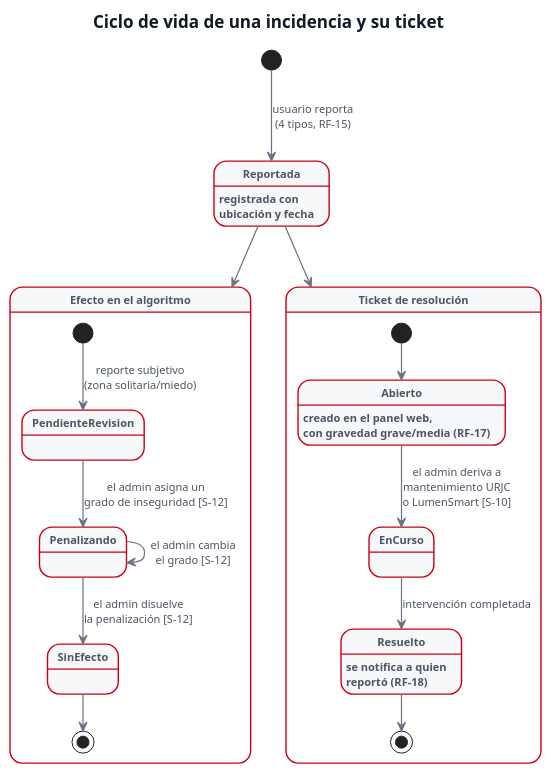
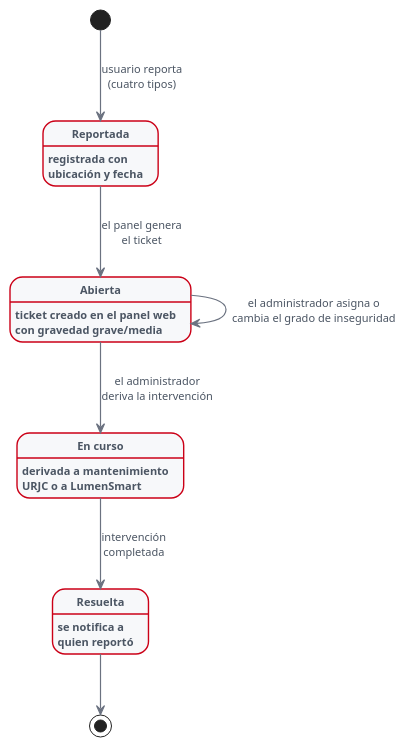
One commit to adrianpalacio/tfg-senda-urjc changed the diagram in fase3-especificacion/uml/estados-incidencia.puml. Above: the diagram before and after it, drawn with PlantUML. The commit also changed 7 other files, not shown here.

Commit message:
UML rehechos tras la revision del tutor: casos de uso ampliados (solicitar/atender acompanamiento separados, sin flechas actor-CU, sin notas), clases con jerarquia de roles, estados planos sin marcadores de supuesto

```diff
--- a/fase3-especificacion/uml/estados-incidencia.puml
+++ b/fase3-especificacion/uml/estados-incidencia.puml
@@ -1,54 +1,39 @@
 @startuml estados-incidencia
 ' Diagrama de estados de la incidencia reportada y su ticket
-' Derivado del parrafo rosado 2 + RF-15..RF-18 (actualizado 25/08/2026 tras Entrevista 1)
+' Rehecho 12/09/2026 segun comentarios del tutor (pags 97-98 de la revision):
+' plano (sin estados compuestos ni segundos puntos de inicio), sin titulo
+' interno, sin marcadores [S-XX].
 skinparam backgroundColor #FFFFFF
 skinparam shadowing false
 skinparam defaultFontName "Segoe UI"
 skinparam defaultFontSize 13
 skinparam ArrowColor #6B7280
 skinparam ArrowThickness 1.2
 skinparam ArrowFontColor #4B5563
 skinparam ArrowFontSize 11
-skinparam TitleFontName "Segoe UI Semibold"
-skinparam TitleFontSize 17
-skinparam TitleFontColor #111827
 skinparam state {
   BackgroundColor #F7F8FA
   BorderColor #CB0017
   BorderThickness 1.4
   RoundCorner 14
   FontColor #111827
   FontStyle bold
   FontSize 13
   AttributeFontColor #4B5563
   AttributeFontSize 11
   StartColor #CB0017
   EndColor #111827
 }
 
-title Ciclo de vida de una incidencia y su ticket
+state "Reportada" as Reportada : registrada con\nubicación y fecha
+state "Abierta" as Abierta : ticket creado en el panel web\ncon gravedad grave/media
+state "En curso" as EnCurso : derivada a mantenimiento\nURJC o a LumenSmart
+state "Resuelta" as Resuelta : se notifica a\nquien reportó
 
-[*] --> Reportada : usuario reporta\n(4 tipos, RF-15)
-
-state "Reportada" as Reportada : registrada con\nubicación y fecha
-
-state "Efecto en el algoritmo" as Efecto {
-  [*] --> PendienteRevision : reporte subjetivo\n(zona solitaria/miedo)
-  PendienteRevision --> Penalizando : el admin asigna un\ngrado de inseguridad [S-12]
-  Penalizando --> Penalizando : el admin cambia\nel grado [S-12]
-  Penalizando --> SinEfecto : el admin disuelve\nla penalización [S-12]
-  SinEfecto --> [*]
-}
-
-state "Ticket de resolución" as TicketState {
-  [*] --> Abierto
-  Abierto : creado en el panel web,\ncon gravedad grave/media (RF-17)
-  Abierto --> EnCurso : el admin deriva a\nmantenimiento URJC\no LumenSmart [S-10]
-  EnCurso --> Resuelto : intervención completada
-  Resuelto : se notifica a quien\nreportó (RF-18)
-  Resuelto --> [*]
-}
-
-Reportada --> Efecto
-Reportada --> TicketState
+[*] --> Reportada : usuario reporta\n(cuatro tipos)
+Reportada --> Abierta : el panel genera\nel ticket
+Abierta --> Abierta : el administrador asigna o\ncambia el grado de inseguridad
+Abierta --> EnCurso : el administrador\nderiva la intervención
+EnCurso --> Resuelta : intervención\ncompletada
+Resuelta --> [*]
 @enduml
```
